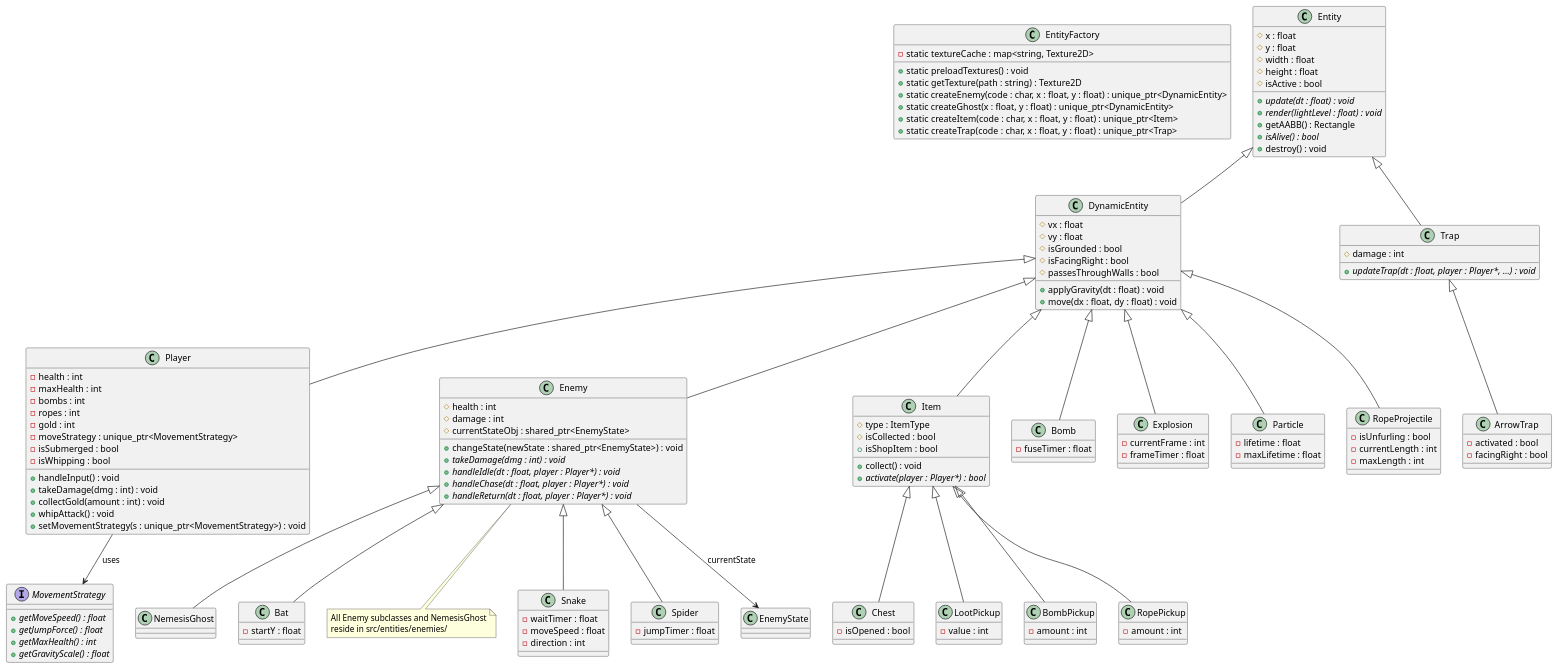
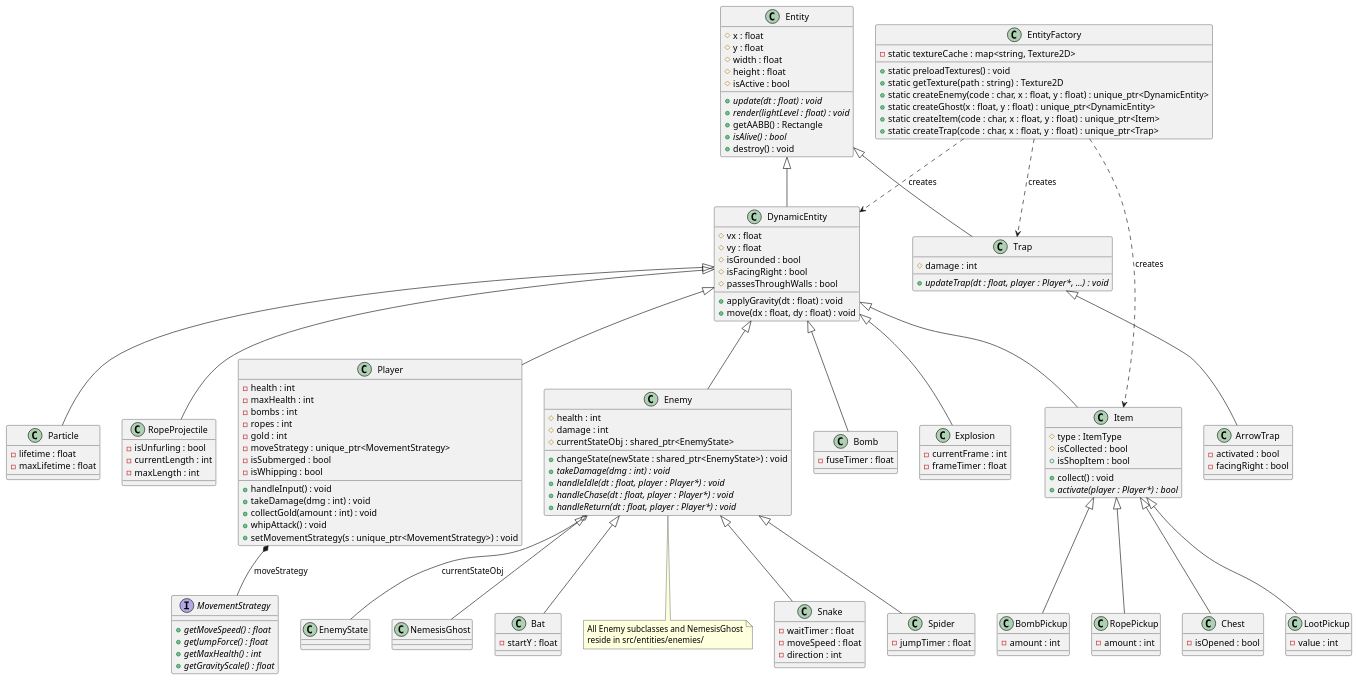
One commit to Gasmask-Chan/CS202-Cavern-Descent changed the diagram in class-diagram/entity.puml. Above: the diagram before and after it, drawn with PlantUML. The commit also changed 4 other files, not shown here.

Commit message:
feat: add new diagram

```diff
--- a/class-diagram/entity.puml
+++ b/class-diagram/entity.puml
@@ -1,164 +1,167 @@
 @startuml
 class EntityFactory {
     -static textureCache : map<string, Texture2D>
     +static preloadTextures() : void
     +static getTexture(path : string) : Texture2D
     +static createEnemy(code : char, x : float, y : float) : unique_ptr<DynamicEntity>
     +static createGhost(x : float, y : float) : unique_ptr<DynamicEntity>
     +static createItem(code : char, x : float, y : float) : unique_ptr<Item>
     +static createTrap(code : char, x : float, y : float) : unique_ptr<Trap>
 }
 
 class Entity {
     #x : float
     #y : float
     #width : float
     #height : float
     #isActive : bool
     +{abstract} update(dt : float) : void
     +{abstract} render(lightLevel : float) : void
     +getAABB() : Rectangle
     +{abstract} isAlive() : bool
     +destroy() : void
 }
 
 class DynamicEntity {
     #vx : float
     #vy : float
     #isGrounded : bool
     # isFacingRight : bool
     #passesThroughWalls : bool
     +applyGravity(dt : float) : void
     +move(dx : float, dy : float) : void
 }
 
 class Player {
     -health : int
     -maxHealth : int
     -bombs : int
     -ropes : int
     -gold : int
     -moveStrategy : unique_ptr<MovementStrategy>
     -isSubmerged : bool
     -isWhipping : bool
     +handleInput() : void
     +takeDamage(dmg : int) : void
     +collectGold(amount : int) : void
     +whipAttack() : void
     +setMovementStrategy(s : unique_ptr<MovementStrategy>) : void
 }
 
 interface MovementStrategy {
     +{abstract} getMoveSpeed() : float
     +{abstract} getJumpForce() : float
     +{abstract} getMaxHealth() : int
     +{abstract} getGravityScale() : float
 }
 
 class Enemy {
     #health : int
     #damage : int
     #currentStateObj : shared_ptr<EnemyState>
     +changeState(newState : shared_ptr<EnemyState>) : void
     +{abstract} takeDamage(dmg : int) : void
     +{abstract} handleIdle(dt : float, player : Player*) : void
     +{abstract} handleChase(dt : float, player : Player*) : void
     +{abstract} handleReturn(dt : float, player : Player*) : void
 }
 
 class NemesisGhost {
 
 }
 
 class Item {
     #type : ItemType
     #isCollected : bool
     +isShopItem : bool
     +collect() : void
     +{abstract} activate(player : Player*) : bool
 }
 
 class Chest {
     -isOpened : bool
 }
 
 class LootPickup {
     -value : int
 }
 
 class BombPickup {
     -amount : int
 }
 
 class RopePickup {
     -amount : int
 }
 
 class Trap {
     #damage : int
     +{abstract} updateTrap(dt : float, player : Player*, ...) : void
 }
 
 class ArrowTrap {
     -activated : bool
     -facingRight : bool
 }
 
 class Bomb {
     -fuseTimer : float
 }
 
 class Explosion {
     -currentFrame : int
     -frameTimer : float
 }
 
 class Bat {
     -startY : float
 }
 
 note bottom of Enemy : All Enemy subclasses and NemesisGhost\nreside in src/entities/enemies/
 
 class Snake {
     -waitTimer : float
     -moveSpeed : float
     -direction : int
 }
 
 class Spider {
     -jumpTimer : float
 }
 
 class Particle {
     -lifetime : float
     -maxLifetime : float
 }
 
 class RopeProjectile {
     -isUnfurling : bool
     -currentLength : int
     -maxLength : int
 }
 
 Entity <|-- DynamicEntity
 Entity <|-- Trap
 DynamicEntity <|-- Item
 Item <|-- Chest
 Item <|-- LootPickup
 Item <|-- BombPickup
 Item <|-- RopePickup
 Trap <|-- ArrowTrap
 DynamicEntity <|-- Player
 DynamicEntity <|-- Enemy
 DynamicEntity <|-- Bomb
 DynamicEntity <|-- Explosion
 DynamicEntity <|-- Particle
 DynamicEntity <|-- RopeProjectile
 Enemy <|-- Bat
 Enemy <|-- Snake
 Enemy <|-- Spider
 Enemy <|-- NemesisGhost
-Player --> MovementStrategy : uses
+Player *-- MovementStrategy : moveStrategy
 
-Enemy --> EnemyState : currentState
+Enemy o-- EnemyState : currentStateObj
+EntityFactory ..> DynamicEntity : creates
+EntityFactory ..> Item : creates
+EntityFactory ..> Trap : creates
 @enduml
```
